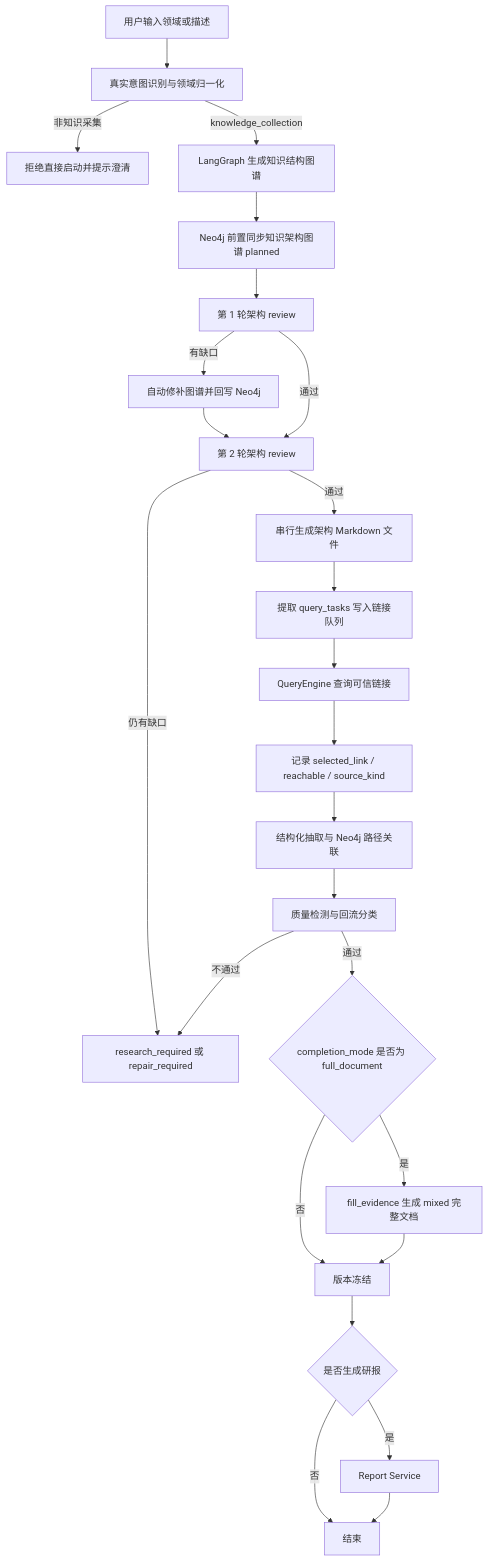
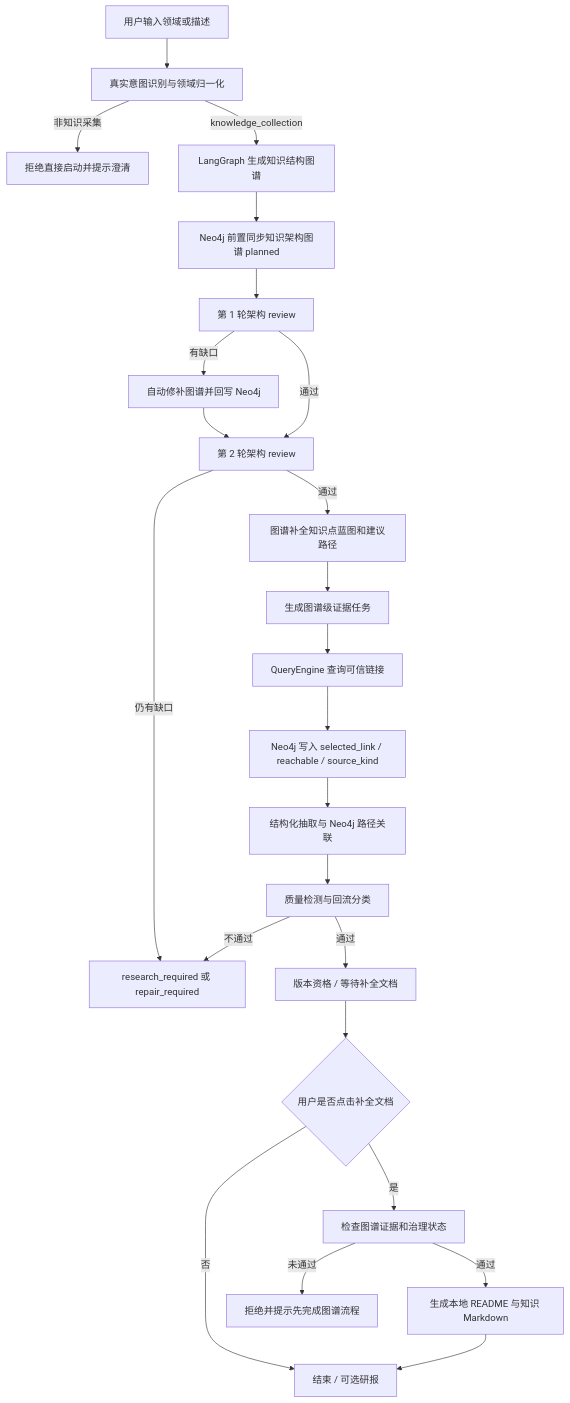
One commit to crabin/knowledgeforge changed the diagram in docs/项目需求.md. Above: the diagram before and after it, drawn with Mermaid. The commit also changed other lines of this file and 5 other files, not shown here.

Commit message:
docs: make markdown completion explicit

````diff
--- a/docs/项目需求.md
+++ b/docs/项目需求.md
@@ -37,27 +36,26 @@
 ```mermaid
 flowchart TD
     A[用户输入领域或描述] --> B[真实意图识别与领域归一化]
     B -->|非知识采集| X[拒绝直接启动并提示澄清]
     B -->|knowledge_collection| C[LangGraph 生成知识结构图谱]
     C --> D[Neo4j 前置同步知识架构图谱 planned]
     D --> E[第 1 轮架构 review]
     E -->|有缺口| F[自动修补图谱并回写 Neo4j]
     F --> G[第 2 轮架构 review]
     E -->|通过| G
     G -->|仍有缺口| O[repair_required 不生成本地文档]
-    G -->|通过| H[串行生成架构 Markdown 文件]
-    H --> I[提取 query_tasks 写入链接队列]
+    G -->|通过| H[图谱补全知识点蓝图和建议路径]
+    H --> I[生成图谱级证据任务]
     I --> J[QueryEngine 查询可信链接]
-    J --> K[记录 selected_link / reachable / source_kind]
+    J --> K[Neo4j 写入 selected_link / reachable / source_kind]
     K --> L[结构化抽取与 Neo4j 路径关联]
     L --> M[质量检测与回流分类]
-    M -->|通过| N{completion_mode 是否为 full_document}
-    N -->|否| V[版本冻结]
-    N -->|是| W[fill_evidence 生成 mixed 完整文档]
-    W --> V
+    M -->|通过| V[版本资格 / 等待补全文档]
     M -->|不通过| O[research_required 或 repair_required]
-    V --> P{是否生成研报}
-    P -->|是| Q[Report Service]
-    P -->|否| R[结束]
-    Q --> R
+    V --> P{用户是否点击补全文档}
+    P -->|否| R[结束 / 可选研报]
+    P -->|是| Q[检查图谱证据和治理状态]
+    Q -->|通过| S[生成本地 README 与知识 Markdown]
+    Q -->|未通过| T[拒绝并提示先完成图谱流程]
+    S --> R
 ```
````
